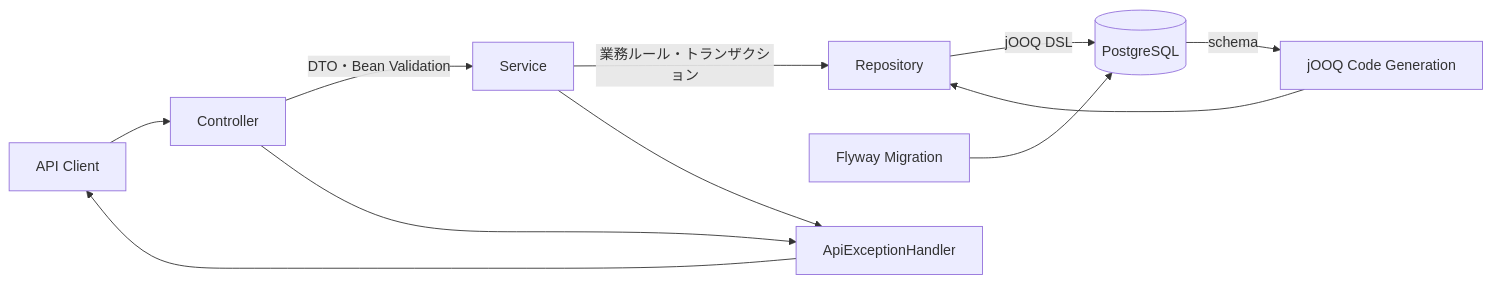
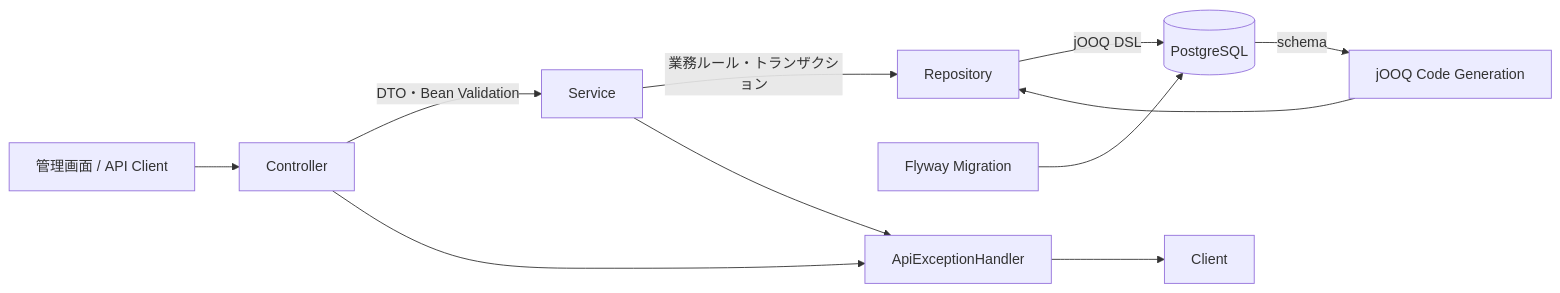
One commit to k2kswr/BookManagementApp changed the diagram in docs/architecture.md. Above: the diagram before and after it, drawn with Mermaid. The commit also changed other lines of this file and 14 other files, not shown here.

````diff
--- a/docs/architecture.md
+++ b/docs/architecture.md
@@ -5,13 +5,13 @@
 ```mermaid
 flowchart LR
-    Client[API Client] --> Controller
+    Browser[管理画面 / API Client] --> Controller
     Controller -->|DTO・Bean Validation| Service
     Service -->|業務ルール・トランザクション| Repository
     Repository -->|jOOQ DSL| PostgreSQL[(PostgreSQL)]
     Flyway[Flyway Migration] --> PostgreSQL
     PostgreSQL -->|schema| JooqCodegen[jOOQ Code Generation]
     JooqCodegen --> Repository
     Controller --> ErrorAdvice[ApiExceptionHandler]
     Service --> ErrorAdvice
     ErrorAdvice --> Client
 ```
````
